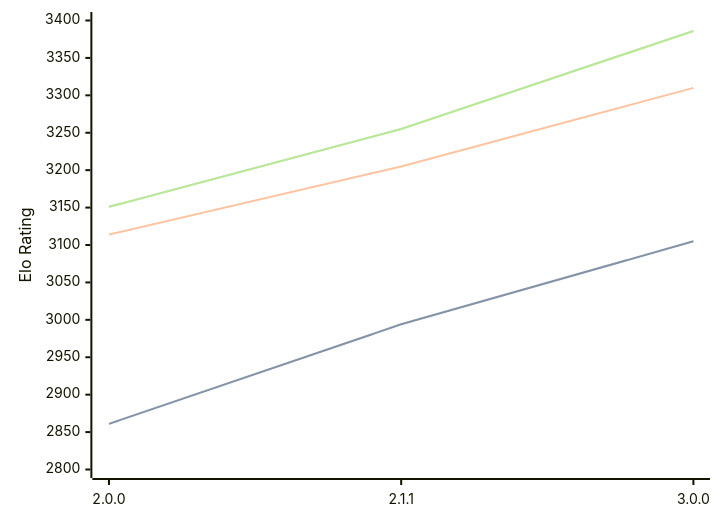
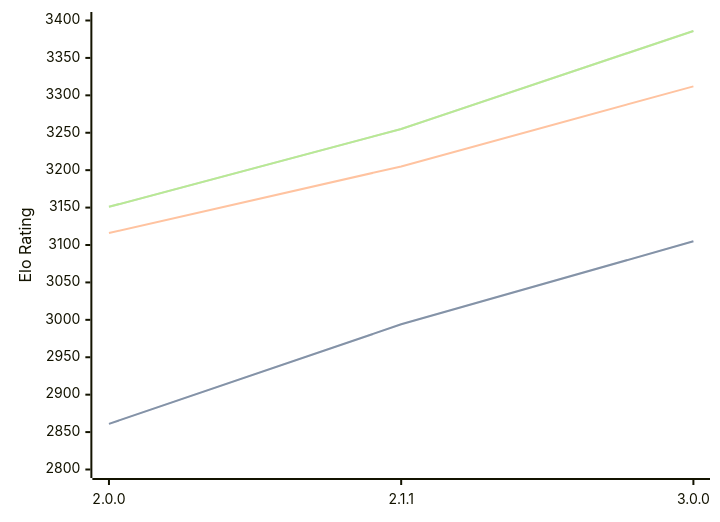
Before and after one commit to computer-chess-index/cci: the diagram in engines/Bread.md, drawn with Mermaid. The commit also changed other lines of this file, not shown here.

````diff
--- a/engines/Bread.md
+++ b/engines/Bread.md
@@ -36,11 +36,11 @@
 ```mermaid
 %%{init: {"theme":"base","themeVariables":{"seriesColors:['#a3a3a3','#222221','#faa371']}}}%%
 xychart-beta
   x-axis ["2.0.0", "2.1.1", "3.0.0"]
   y-axis "Elo Rating" 2800 --> 3400
   line "STC (8.0+0.08s)" [2861, 2994, 3105]
   line "STC (8.0+0.08s)" [2861, 2994, 3105]
-  line "LTC (60.0+0.60s)" [3114, 3205, 3310]
+  line "LTC (60.0+0.60s)" [3116, 3205, 3312]
   line "VLTC (2m24s+1.12s)" [3151, 3255, 3386]
   line "VLTC (2m24s+1.12s)" [3151, 3255, 3386]
 ```
````
